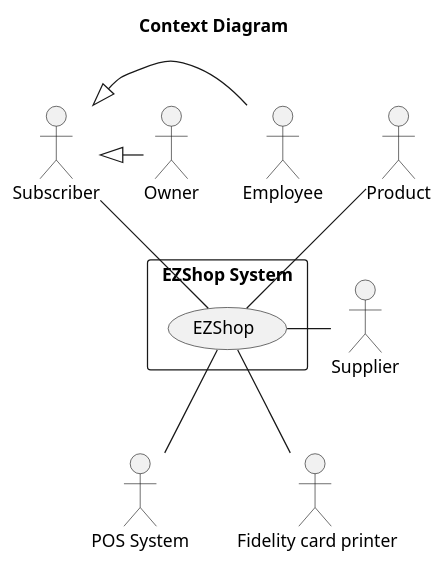
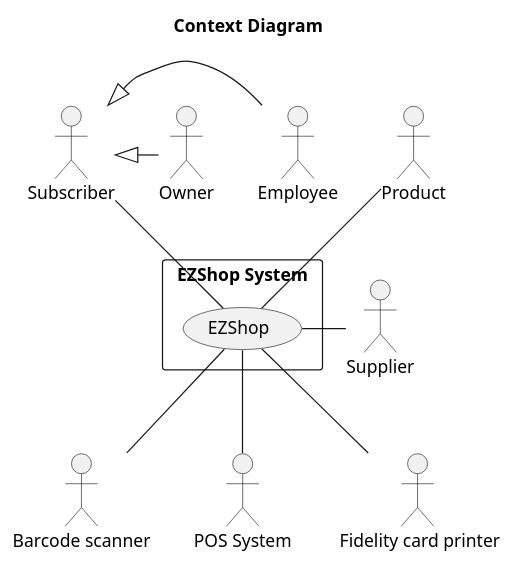
One commit to nicolabattaglino/ezshop changed the first of 4 diagrams in Deliverables/RequirementsDocument.md. Above: the diagram before and after it, drawn with PlantUML.

````diff
--- a/Deliverables/RequirementsDocument.md
+++ b/Deliverables/RequirementsDocument.md
@@ -51,29 +51,31 @@
 ```plantuml
 @startuml
 
 
 title Context Diagram
 
 
 actor Owner
+actor :Barcode scanner: as bcScanner
 actor Product
 actor Subscriber
 actor Employee
 actor :POS System: as POSSystem
 actor :Supplier: as supplier
 actor : Fidelity card printer: as fcPrinter
 rectangle "EZShop System" as EZShopSystem{
 (EZShop)
 }
 Subscriber <|- Employee
 Subscriber <|- Owner
 Product -- EZShop
 EZShop -- POSSystem
 EZShop - supplier
 EZShop-- fcPrinter
 Subscriber -- EZShop
+EZShop -- bcScanner
 
 
 
 @enduml
 ```
````
